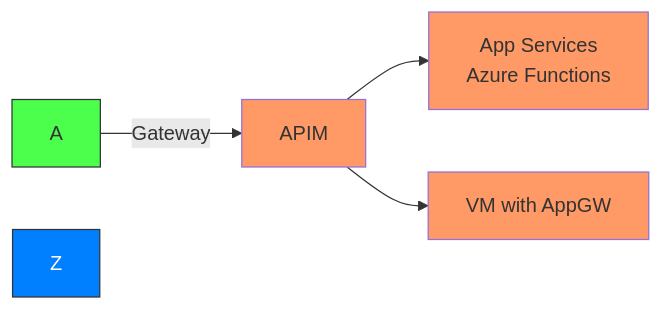
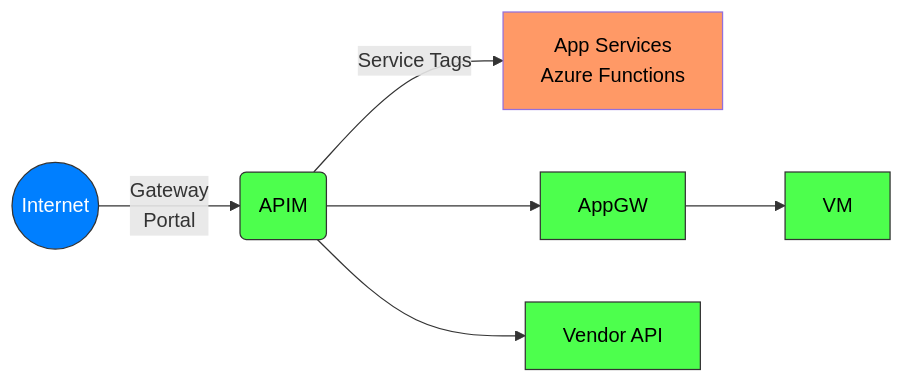
Before and after one commit to msalemor/azure-apim-networking: the first of 2 diagrams in README.md, drawn with Mermaid. The commit also changed other lines of this file, not shown here.

````diff
--- a/README.md
+++ b/README.md
@@ -5,10 +5,13 @@
 ```mermaid
 graph LR;
-    A--Gateway-->B[APIM]
-    B-->C[App Services<br/>Azure Functions]
-    B-->D[VM with AppGW]
-    style Z fill:#007FFF,stroke:#333,stroke-width:1px,color:#fff;
-    style A fill:#4DFF4D,stroke:#333,stroke-width:1px;
-    classDef someclass fill:#f96;
-    class B,C,D someclass;
+    A((Internet))--Gateway<br/>Portal-->B(APIM)
+    B--Service Tags-->C[App Services<br/>Azure Functions]
+    B-->D[AppGW];
+    D-->F[VM];
+    B-->E[Vendor API];
+    style A fill:#007FFF,stroke:#333,stroke-width:1px,color:#fff;    
+    classDef someclass fill:#4DFF4D,stroke:#333,stroke-width:1px,color:black;
+    class B,D,E,F someclass;
+    classDef someclass1 fill:#f96,color:black;
+    class C someclass1;
 ```
````
